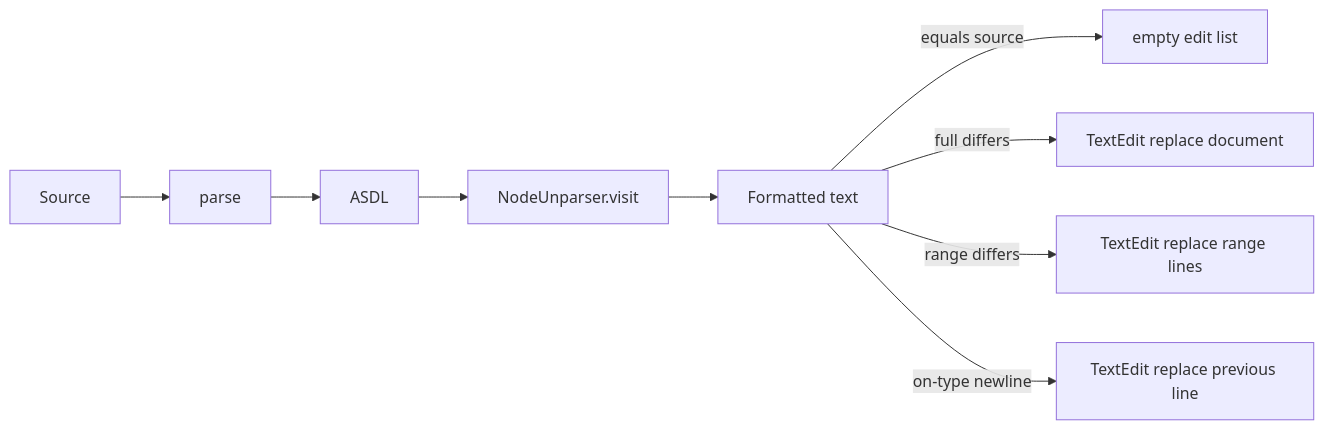
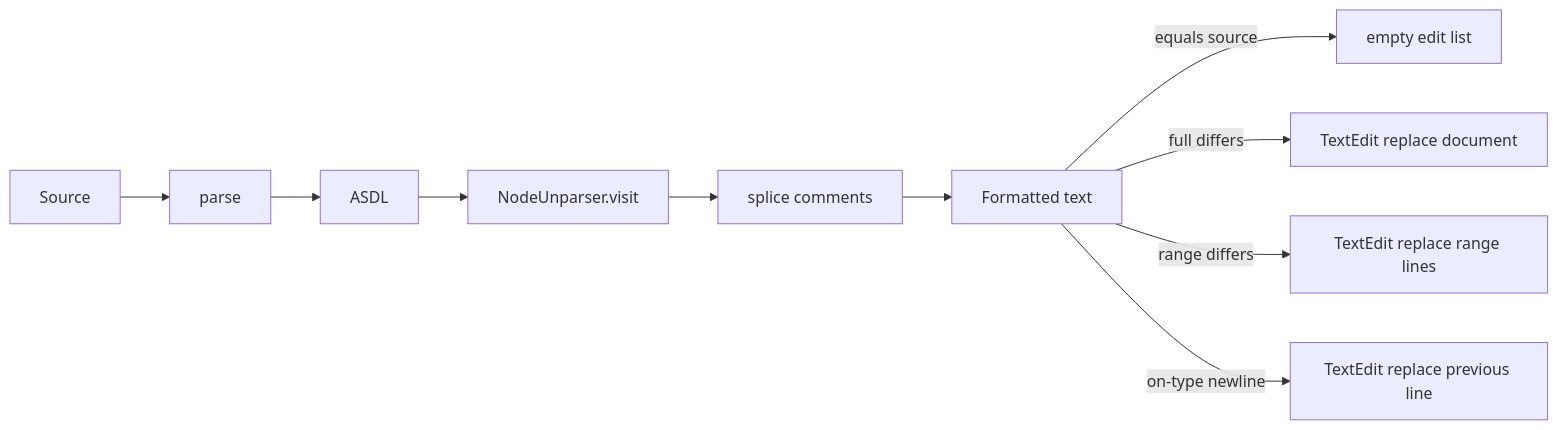
One commit to hoox-sh/pyne changed the diagram in docs/pyne/lsp/features/formatting.mdx. Above: the diagram before and after it, drawn with Mermaid. The commit also changed other lines of this file and 10 other files, not shown here.

````diff
--- a/docs/pyne/lsp/features/formatting.mdx
+++ b/docs/pyne/lsp/features/formatting.mdx
@@ -35,11 +35,12 @@
 ```mermaid
 flowchart LR
   SRC[Source] --> PARSE[parse]
   PARSE --> AST[ASDL]
   AST --> UNP[NodeUnparser.visit]
-  UNP --> OUT[Formatted text]
+  UNP --> SPLICE[splice comments]
+  SPLICE --> OUT[Formatted text]
   OUT -->|equals source| EMPTY[empty edit list]
   OUT -->|full differs| EDIT[TextEdit replace document]
   OUT -->|range differs| REDIT[TextEdit replace range lines]
   OUT -->|on-type newline| LEDIT[TextEdit replace previous line]
 ```
````
